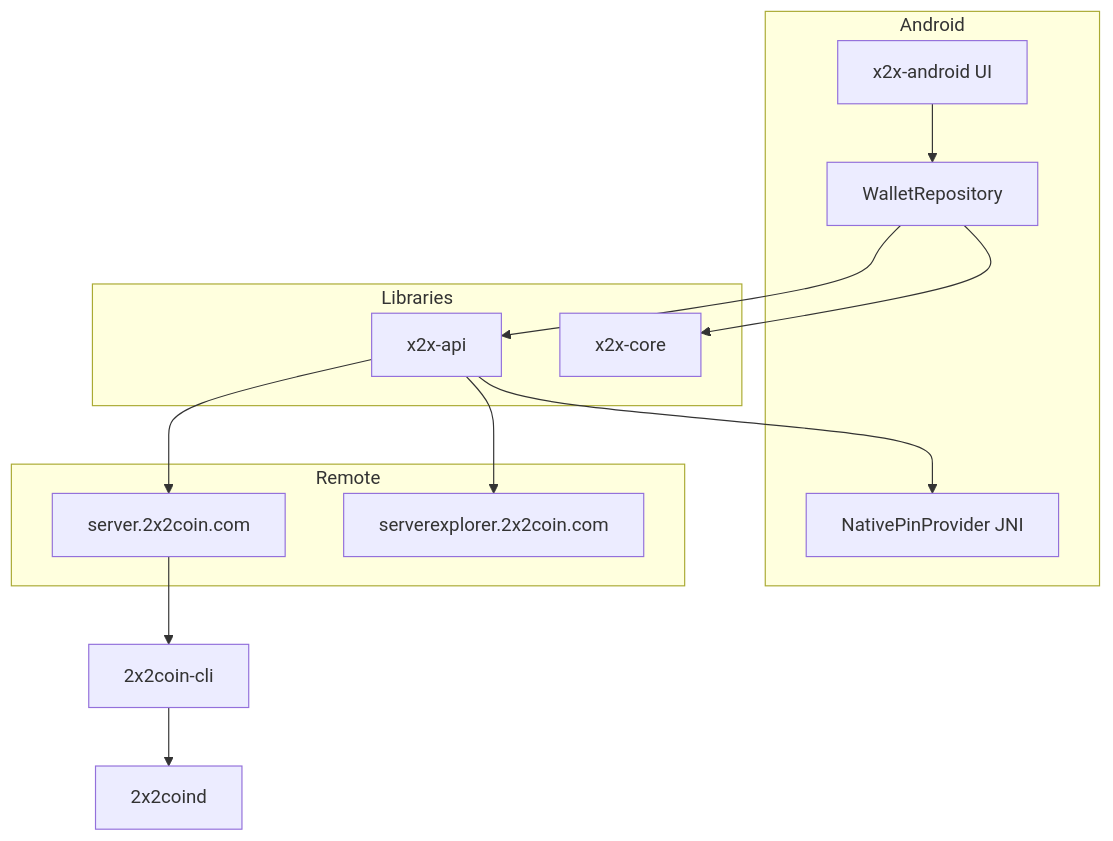
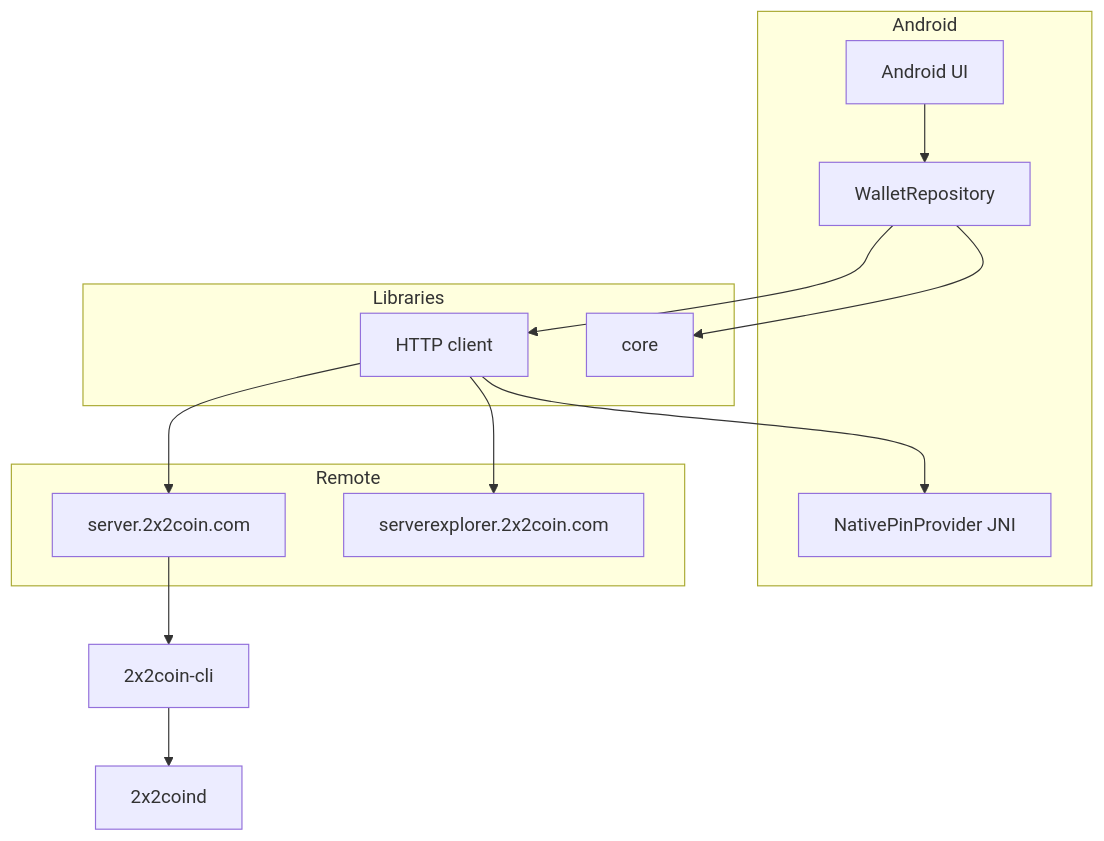
Before and after one commit to 2x2devcode/2x2Coin: the diagram in wallet/docs/ARCHITECTURE.md, drawn with Mermaid. The commit also changed other lines of this file and 7 other files, not shown here.

````diff
--- a/wallet/docs/ARCHITECTURE.md
+++ b/wallet/docs/ARCHITECTURE.md
@@ -5,27 +5,27 @@
 ```mermaid
 flowchart TB
     subgraph Android
-        UI[x2x-android UI]
+        UI[Android UI]
         Repo[WalletRepository]
         Pin[NativePinProvider JNI]
     end
 
     subgraph Libraries
-        API[x2x-api]
-        Core[x2x-core]
+        API[HTTP client]
+        Core[core]
     end
 
     subgraph Remote
         Server[server.2x2coin.com]
         Explorer[serverexplorer.2x2coin.com]
     end
 
   UI --> Repo
   Repo --> Core
   Repo --> API
   API --> Pin
   API --> Server
   API --> Explorer
   Server --> Cli[2x2coin-cli]
   Cli --> Daemon[2x2coind]
 ```
````
